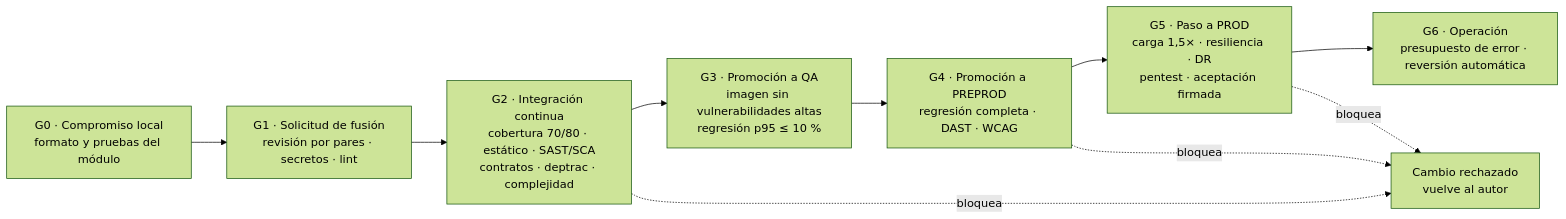
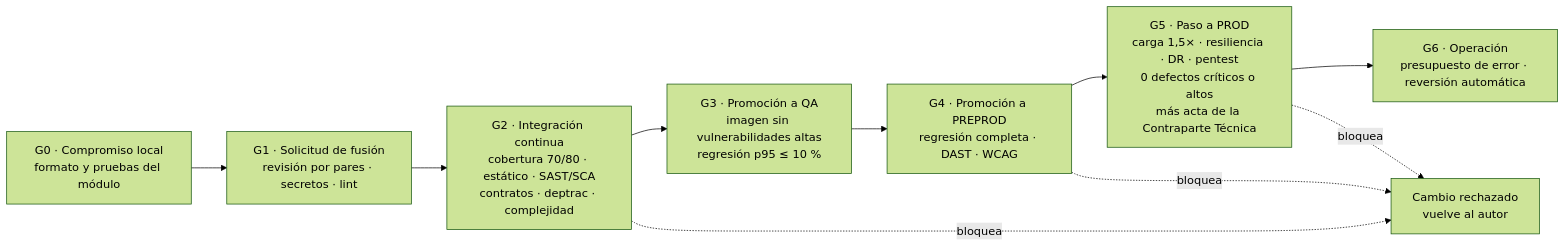
The third of 10 diagrams in 09_plan_calidad/LAFROX-Subdocumento9.md (PatricioH315/LafroX), drawn with Mermaid (forest theme) before and after one commit. The commit also changed other lines of this file and 11 other files, not shown here.

````diff
--- a/09_plan_calidad/LAFROX-Subdocumento9.md
+++ b/09_plan_calidad/LAFROX-Subdocumento9.md
@@ -194,12 +194,12 @@
 ```mermaid
 flowchart LR
     G0["G0 · Compromiso local<br/>formato y pruebas del módulo"] --> G1["G1 · Solicitud de fusión<br/>revisión por pares · secretos · lint"]
     G1 --> G2["G2 · Integración continua<br/>cobertura 70/80 · estático · SAST/SCA<br/>contratos · deptrac · complejidad"]
     G2 --> G3["G3 · Promoción a QA<br/>imagen sin vulnerabilidades altas<br/>regresión p95 ≤ 10 %"]
     G3 --> G4["G4 · Promoción a PREPROD<br/>regresión completa · DAST · WCAG"]
-    G4 --> G5["G5 · Paso a PROD<br/>carga 1,5× · resiliencia · DR<br/>pentest · aceptación firmada"]
+    G4 --> G5["G5 · Paso a PROD<br/>carga 1,5× · resiliencia · DR · pentest<br/>0 defectos críticos o altos<br/>más acta de la Contraparte Técnica"]
     G5 --> G6["G6 · Operación<br/>presupuesto de error · reversión automática"]
     G2 -. "bloquea" .-> X["Cambio rechazado<br/>vuelve al autor"]
     G4 -. "bloquea" .-> X
     G5 -. "bloquea" .-> X
 ```
````
